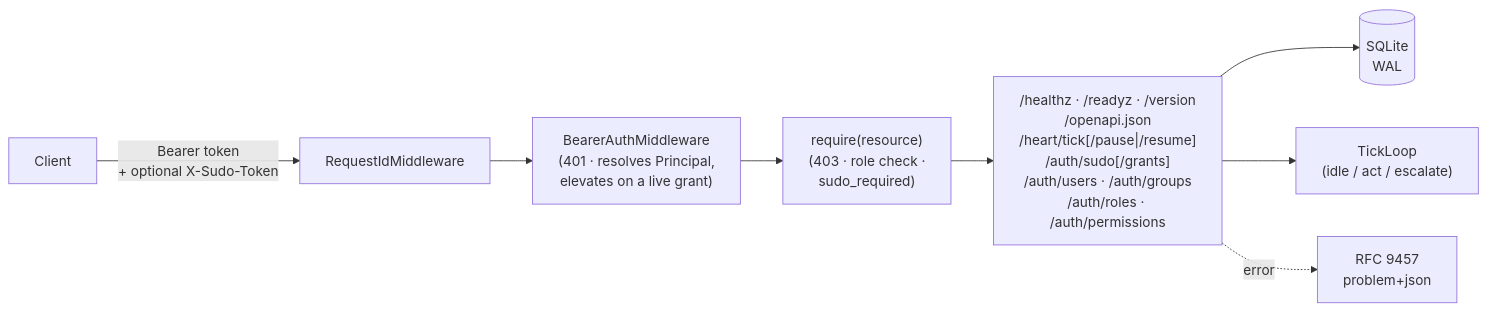
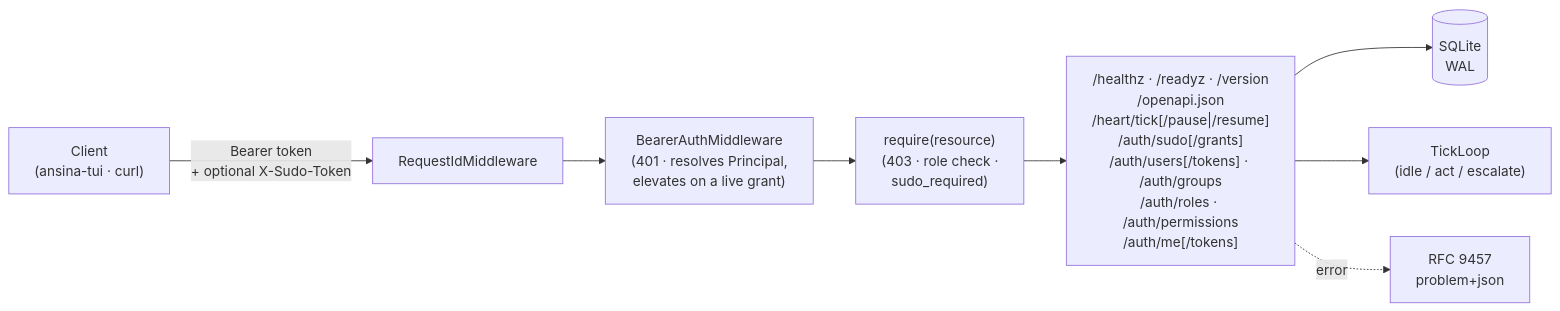
The first of 2 diagrams in README.md (giacchetta/ansina), drawn with Mermaid before and after one commit. The commit also changed other lines of this file and 100 other files, not shown here.

First line of the commit message:
Ansina CLI/TUI (#36)

````diff
--- a/README.md
+++ b/README.md
@@ -9,10 +9,10 @@
 ```mermaid
 flowchart LR
-    Client["Client"] -->|Bearer token<br/>+ optional X-Sudo-Token| MW["RequestIdMiddleware"]
+    Client["Client<br/>(ansina-tui · curl)"] -->|Bearer token<br/>+ optional X-Sudo-Token| MW["RequestIdMiddleware"]
     MW --> Auth["BearerAuthMiddleware<br/>(401 · resolves Principal,<br/>elevates on a live grant)"]
     Auth --> Authz["require(resource)<br/>(403 · role check ·<br/>sudo_required)"]
-    Authz --> Routes["/healthz · /readyz · /version<br/>/openapi.json<br/>/heart/tick[/pause|/resume]<br/>/auth/sudo[/grants]<br/>/auth/users · /auth/groups<br/>/auth/roles · /auth/permissions"]
+    Authz --> Routes["/healthz · /readyz · /version<br/>/openapi.json<br/>/heart/tick[/pause|/resume]<br/>/auth/sudo[/grants]<br/>/auth/users[/tokens] · /auth/groups<br/>/auth/roles · /auth/permissions<br/>/auth/me[/tokens]"]
     Routes --> DB[("SQLite<br/>WAL")]
     Routes --> Tick["TickLoop<br/>(idle / act / escalate)"]
     Routes -.error.-> Problem["RFC 9457<br/>problem+json"]
 ```
````
